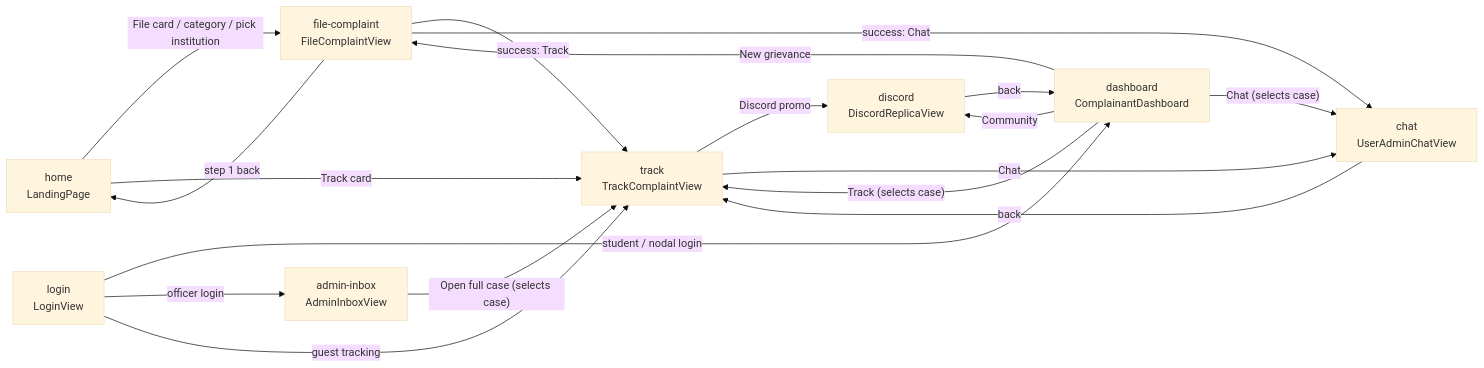
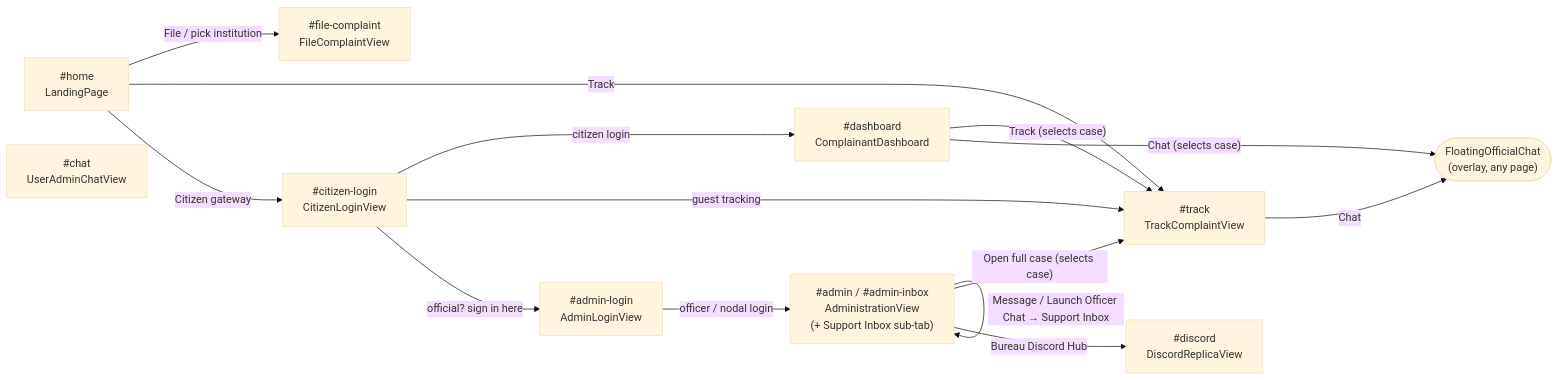
One commit to AsawariPawar0322/AICTE-NIVARAN changed the third of 3 diagrams in docs/04-feature-relationships.md. Above: the diagram before and after it, drawn with Mermaid (base theme). The commit also changed other lines of this file and 11 other files, not shown here.

````diff
--- a/docs/04-feature-relationships.md
+++ b/docs/04-feature-relationships.md
@@ -66,29 +66,27 @@
 ```mermaid
 flowchart LR
-    Home["home<br/>LandingPage"]
-    Dash["dashboard<br/>ComplainantDashboard"]
-    File["file-complaint<br/>FileComplaintView"]
-    Track["track<br/>TrackComplaintView"]
-    Chat["chat<br/>UserAdminChatView"]
-    Disc["discord<br/>DiscordReplicaView"]
-    Login["login<br/>LoginView"]
-    Inbox["admin-inbox<br/>AdminInboxView"]
+    Home["#home<br/>LandingPage"]
+    CLogin["#citizen-login<br/>CitizenLoginView"]
+    ALogin["#admin-login<br/>AdminLoginView"]
+    Dash["#dashboard<br/>ComplainantDashboard"]
+    File["#file-complaint<br/>FileComplaintView"]
+    Track["#track<br/>TrackComplaintView"]
+    Admin["#admin / #admin-inbox<br/>AdministrationView<br/>(+ Support Inbox sub-tab)"]
+    Float(["FloatingOfficialChat<br/>(overlay, any page)"])
+    Chat["#chat<br/>UserAdminChatView"]
+    Disc["#discord<br/>DiscordReplicaView"]
 
-    Home -->|"File card / category / pick institution"| File
-    Home -->|Track card| Track
-    Dash -->|New grievance| File
-    Dash -->|Community| Disc
+    Home -->|"File / pick institution"| File
+    Home -->|Track| Track
+    Home -->|Citizen gateway| CLogin
+    CLogin -->|"citizen login"| Dash
+    CLogin -->|guest tracking| Track
+    CLogin -->|"official? sign in here"| ALogin
+    ALogin -->|"officer / nodal login"| Admin
     Dash -->|"Track (selects case)"| Track
-    Dash -->|"Chat (selects case)"| Chat
-    File -->|success: Track| Track
-    File -->|success: Chat| Chat
-    File -->|step 1 back| Home
-    Track -->|Discord promo| Disc
-    Track -->|Chat| Chat
-    Chat -->|back| Track
-    Disc -->|back| Dash
-    Login -->|"student / nodal login"| Dash
-    Login -->|"officer login"| Inbox
-    Login -->|guest tracking| Track
-    Inbox -->|"Open full case (selects case)"| Track
+    Dash -->|"Chat (selects case)"| Float
+    Track -->|Chat| Float
+    Admin -->|"Message / Launch Officer Chat → Support Inbox"| Admin
+    Admin -->|"Open full case (selects case)"| Track
+    Admin -->|Bureau Discord Hub| Disc
 ```
````
